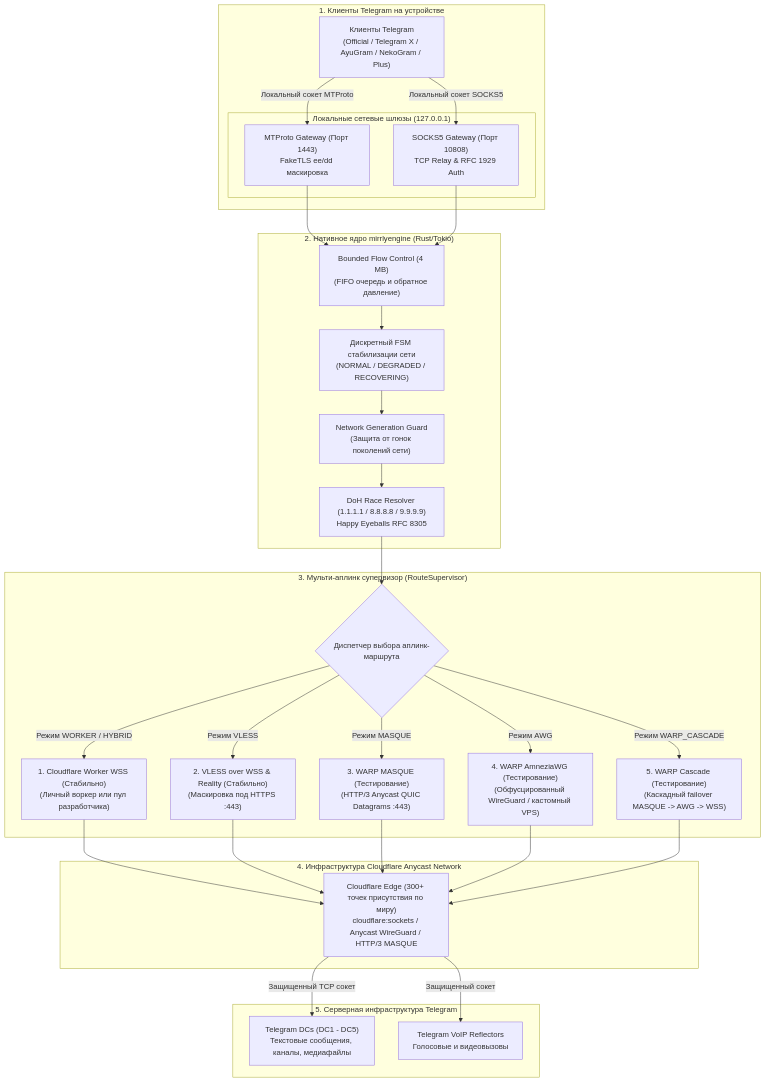
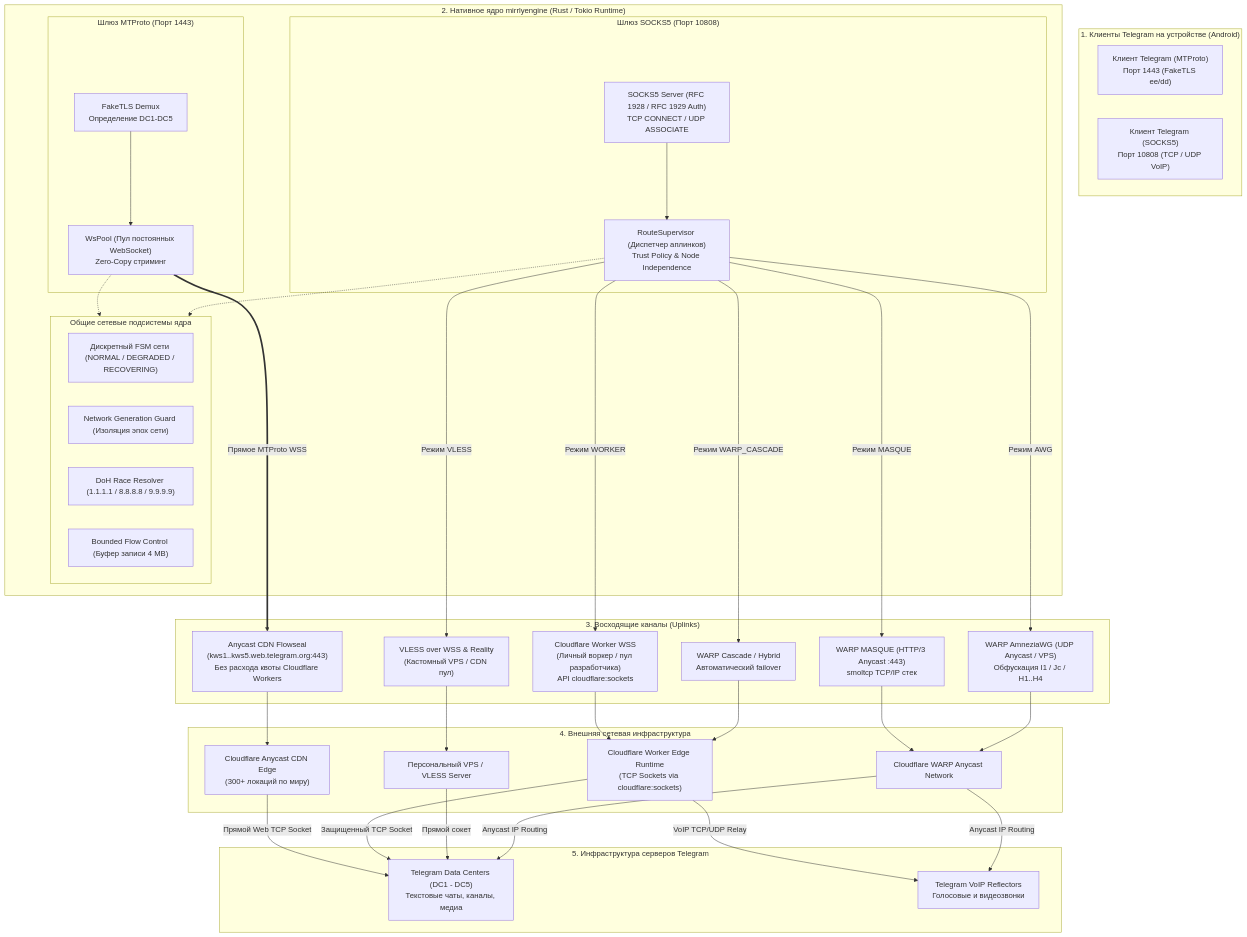
Before and after one commit to joycecurcirt539-dot/Mirrly-TG-Proxy: the diagram in README.md, drawn with Mermaid. The commit also changed other lines of this file and 1 other file, not shown here.

Commit message:
docs: align architecture with true dual-pipeline engine and realistic Mermaid diagram

````diff
--- a/README.md
+++ b/README.md
@@ -238,62 +218,73 @@
 ```mermaid
 flowchart TD
-    subgraph ClientLayer ["1. Клиенты Telegram на устройстве"]
-        TGApp["Клиенты Telegram<br/>(Official / Telegram X / AyuGram / NekoGram / Plus)"]
+    subgraph ClientLayer ["1. Клиенты Telegram на устройстве (Android)"]
+        TG_MTProto["Клиент Telegram (MTProto)<br/>Порт 1443 (FakeTLS ee/dd)"]
+        TG_SOCKS5["Клиент Telegram (SOCKS5)<br/>Порт 10808 (TCP / UDP VoIP)"]
+    end
 
-        subgraph LocalGateways ["Локальные сетевые шлюзы (127.0.0.1)"]
-            MtprotoGate["MTProto Gateway (Порт 1443)<br/>FakeTLS ee/dd маскировка"]
-            SocksGate["SOCKS5 Gateway (Порт 10808)<br/>TCP Relay & RFC 1929 Auth"]
+    subgraph NativeCore ["2. Нативное ядро mirrlyengine (Rust / Tokio Runtime)"]
+        subgraph GatewayMTProto ["Шлюз MTProto (Порт 1443)"]
+            FakeTLS["FakeTLS Demux<br/>Определение DC1-DC5"]
+            WsPool["WsPool (Пул постоянных WebSocket)<br/>Zero-Copy стриминг"]
+            FakeTLS --> WsPool
         end
 
-        TGApp -->|Локальный сокет MTProto| MtprotoGate
-        TGApp -->|Локальный сокет SOCKS5| SocksGate
+        subgraph GatewaySocks ["Шлюз SOCKS5 (Порт 10808)"]
+            SocksAuth["SOCKS5 Server (RFC 1928 / RFC 1929 Auth)<br/>TCP CONNECT / UDP ASSOCIATE"]
+            Supervisor["RouteSupervisor (Диспетчер аплинков)<br/>Trust Policy & Node Independence"]
+            SocksAuth --> Supervisor
+        end
+
+        subgraph SharedSubsystems ["Общие сетевые подсистемы ядра"]
+            FSM["Дискретный FSM сети (NORMAL / DEGRADED / RECOVERING)"]
+            GenGuard["Network Generation Guard (Изоляция эпох сети)"]
+            DoH["DoH Race Resolver (1.1.1.1 / 8.8.8.8 / 9.9.9.9)"]
+            FlowCtrl["Bounded Flow Control (Буфер записи 4 MB)"]
+        end
+
+        WsPool -.-> SharedSubsystems
+        Supervisor -.-> SharedSubsystems
     end
 
-    subgraph NativeCore ["2. Нативное ядро mirrlyengine (Rust/Tokio)"]
-        FSM["Дискретный FSM стабилизации сети<br/>(NORMAL / DEGRADED / RECOVERING)"]
-        GenGuard["Network Generation Guard<br/>(Защита от гонок поколений сети)"]
-        FlowCtrl["Bounded Flow Control (4 MB)<br/>(FIFO очередь и обратное давление)"]
-        DoH["DoH Race Resolver (1.1.1.1 / 8.8.8.8 / 9.9.9.9)<br/>Happy Eyeballs RFC 8305"]
+    subgraph Uplinks ["3. Восходящие каналы (Uplinks)"]
+        Uplink_Anycast_Direct["Anycast CDN Flowseal<br/>(kws1..kws5.web.telegram.org:443)<br/>Без расхода квоты Cloudflare Workers"]
+        Uplink_Worker["Cloudflare Worker WSS<br/>(Личный воркер / пул разработчика)<br/>API cloudflare:sockets"]
+        Uplink_Vless["VLESS over WSS & Reality<br/>(Кастомный VPS / CDN пул)"]
+        Uplink_Masque["WARP MASQUE (HTTP/3 Anycast :443)<br/>smoltcp TCP/IP стек"]
+        Uplink_Awg["WARP AmneziaWG (UDP Anycast / VPS)<br/>Обфускация I1 / Jc / H1..H4"]
+        Uplink_Cascade["WARP Cascade / Hybrid<br/>Автоматический failover"]
 
-        MtprotoGate --> FlowCtrl
-        SocksGate --> FlowCtrl
-        FlowCtrl --> FSM
-        FSM --> GenGuard
-        GenGuard --> DoH
+        WsPool ===>|Прямое MTProto WSS| Uplink_Anycast_Direct
+        Supervisor -->|Режим WORKER| Uplink_Worker
+        Supervisor -->|Режим VLESS| Uplink_Vless
+        Supervisor -->|Режим MASQUE| Uplink_Masque
+        Supervisor -->|Режим AWG| Uplink_Awg
+        Supervisor -->|Режим WARP_CASCADE| Uplink_Cascade
     end
 
-    subgraph SupervisorLayer ["3. Мульти-аплинк супервизор (RouteSupervisor)"]
-        Router{"Диспетчер выбора аплинк-маршрута"}
-        DoH --> Router
+    subgraph Infrastructure ["4. Внешняя сетевая инфраструктура"]
+        CF_CDN["Cloudflare Anycast CDN Edge<br/>(300+ локаций по миру)"]
+        CF_Worker_Runtime["Cloudflare Worker Edge Runtime<br/>(TCP Sockets via cloudflare:sockets)"]
+        Private_VPS["Персональный VPS / VLESS Server"]
+        WARP_Anycast["Cloudflare WARP Anycast Network"]
 
-        UplinkWorker["1. Cloudflare Worker WSS (Стабильно)<br/>(Личный воркер или пул разработчика)"]
-        UplinkVless["2. VLESS over WSS & Reality (Стабильно)<br/>(Маскировка под HTTPS :443)"]
-        UplinkMasque["3. WARP MASQUE (Тестирование)<br/>(HTTP/3 Anycast QUIC Datagrams :443)"]
-        UplinkAwg["4. WARP AmneziaWG (Тестирование)<br/>(Обфусцированный WireGuard / кастомный VPS)"]
-        UplinkCascade["5. WARP Cascade (Тестирование)<br/>(Каскадный failover MASQUE -> AWG -> WSS)"]
-
-        Router -->|Режим WORKER / HYBRID| UplinkWorker
-        Router -->|Режим VLESS| UplinkVless
-        Router -->|Режим MASQUE| UplinkMasque
-        Router -->|Режим AWG| UplinkAwg
-        Router -->|Режим WARP_CASCADE| UplinkCascade
+        Uplink_Anycast_Direct --> CF_CDN
+        Uplink_Worker --> CF_Worker_Runtime
+        Uplink_Vless --> Private_VPS
+        Uplink_Masque --> WARP_Anycast
+        Uplink_Awg --> WARP_Anycast
+        Uplink_Cascade --> CF_Worker_Runtime
     end
 
-    subgraph CloudflareNetwork ["4. Инфраструктура Cloudflare Anycast Network"]
-        CFEdge["Cloudflare Edge (300+ точек присутствия по миру)<br/>cloudflare:sockets / Anycast WireGuard / HTTP/3 MASQUE"]
+    subgraph TelegramCloud ["5. Инфраструктура серверов Telegram"]
+        TG_DC["Telegram Data Centers (DC1 - DC5)<br/>Текстовые чаты, каналы, медиа"]
+        TG_VoIP["Telegram VoIP Reflectors<br/>Голосовые и видеозвонки"]
 
-        UplinkWorker --> CFEdge
-        UplinkVless --> CFEdge
-        UplinkMasque --> CFEdge
-        UplinkAwg --> CFEdge
-        UplinkCascade --> CFEdge
-    end
-
-    subgraph TelegramServers ["5. Серверная инфраструктура Telegram"]
-        TGDC["Telegram DCs (DC1 - DC5)<br/>Текстовые сообщения, каналы, медиафайлы"]
-        TGVoIP["Telegram VoIP Reflectors<br/>Голосовые и видеовызовы"]
-
-        CFEdge -->|Защищенный TCP сокет| TGDC
-        CFEdge -->|Защищенный сокет| TGVoIP
+        CF_CDN -->|Прямой Web TCP Socket| TG_DC
+        CF_Worker_Runtime -->|Защищенный TCP Socket| TG_DC
+        CF_Worker_Runtime -->|VoIP TCP/UDP Relay| TG_VoIP
+        Private_VPS -->|Прямой сокет| TG_DC
+        WARP_Anycast -->|Anycast IP Routing| TG_DC
+        WARP_Anycast -->|Anycast IP Routing| TG_VoIP
     end
 ```
````
